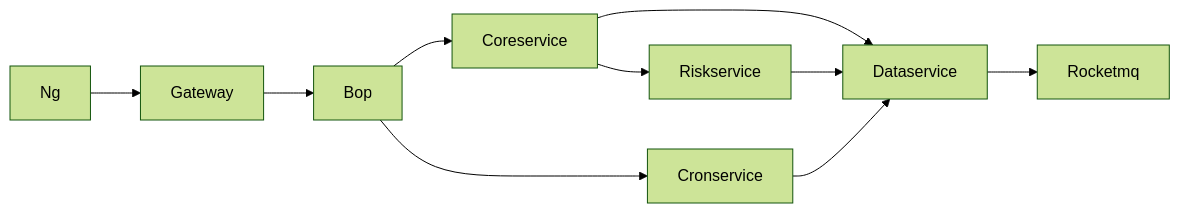
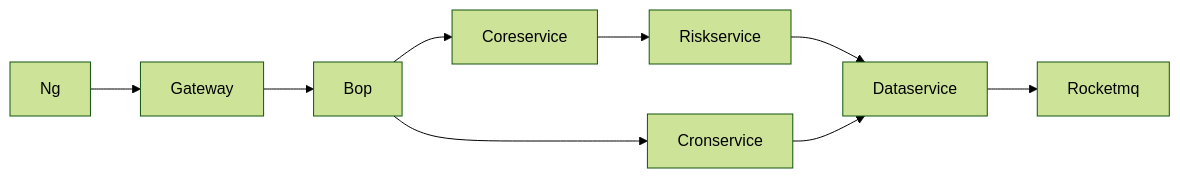
One commit to KindlingProject/space-capsule changed the first of 3 diagrams in README.md. Above: the diagram before and after it, drawn with Mermaid (forest theme). The commit also changed other lines of this file, not shown here.

````diff
--- a/README.md
+++ b/README.md
@@ -44,12 +48,11 @@
 ```mermaid
 graph LR;
     Ng-->Gateway;
     Gateway-->Bop;
     Bop-->Coreservice;
     Bop-->Cronservice;
-    Coreservice-->Dataservice;
     Coreservice-->Riskservice;
     Riskservice-->Dataservice;
     Cronservice-->Dataservice;
     Dataservice-->Rocketmq;
 ```
````
